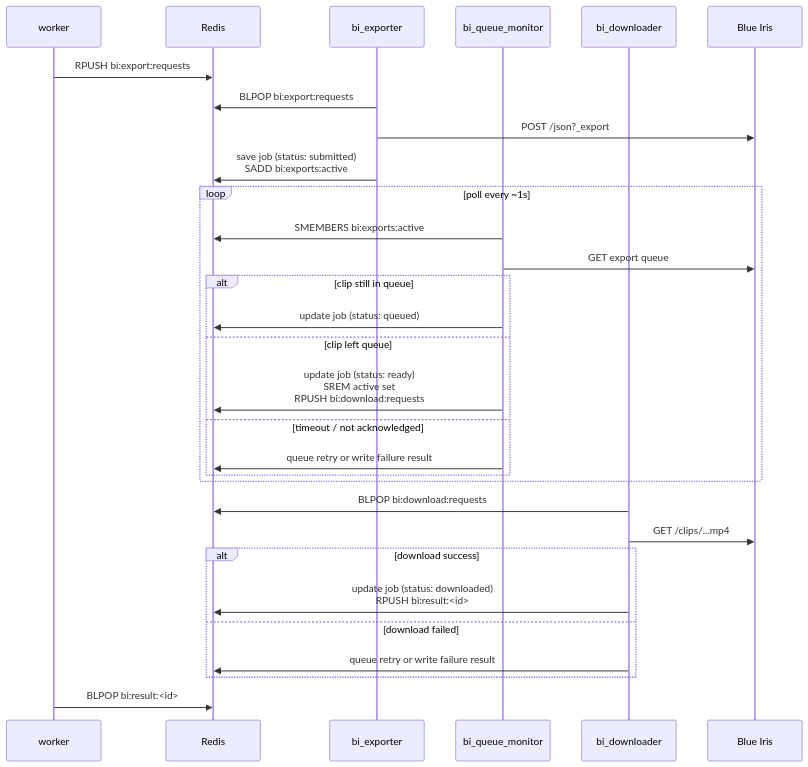
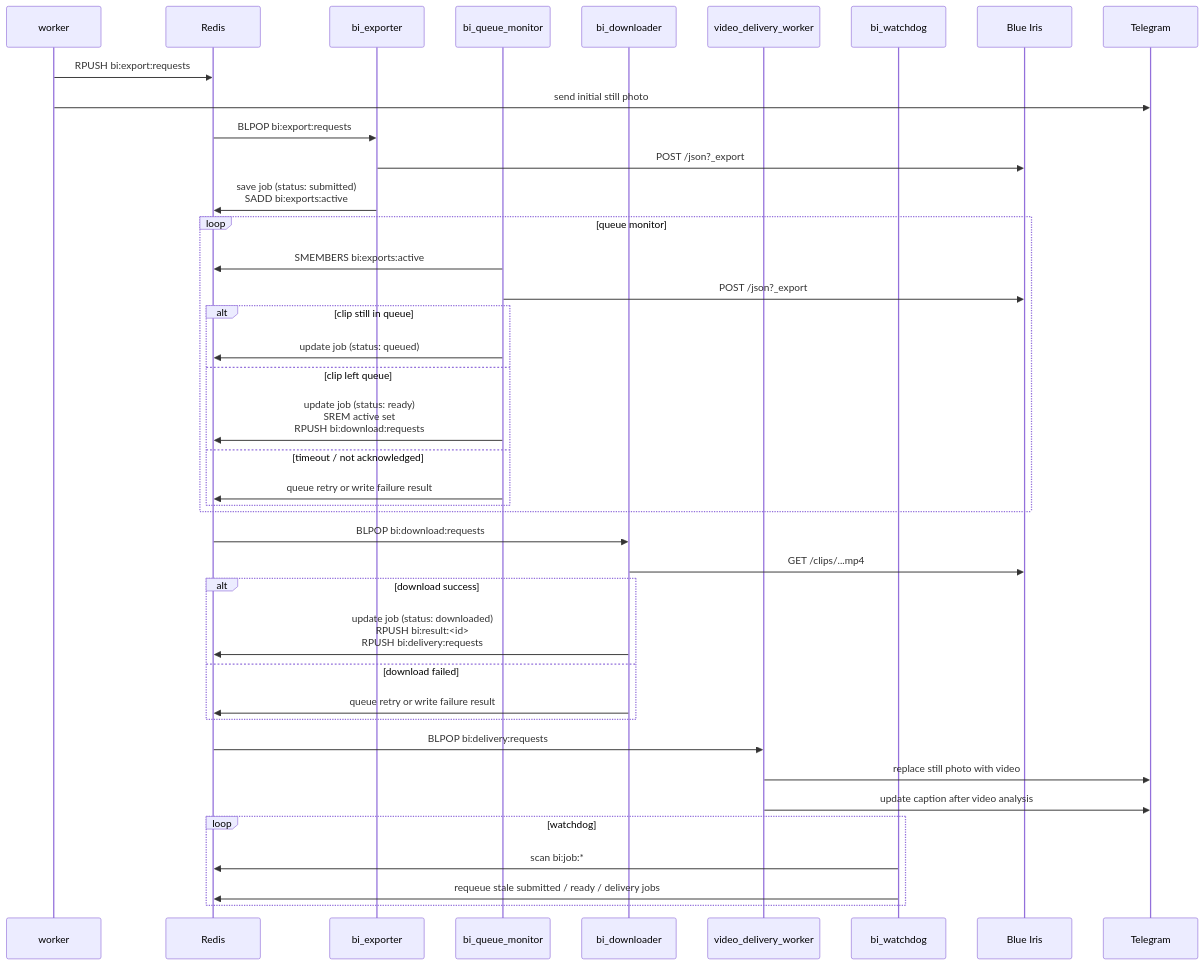
Before and after one commit to slflowfoon/blueiris-ai-hub: the second of 2 diagrams in README.md, drawn with Mermaid. The commit also changed other lines of this file and 10 other files, not shown here.

Commit message:
Add BI watchdog and asynchronous Telegram video delivery

````diff
--- a/README.md
+++ b/README.md
@@ -198,36 +205,47 @@
 ```mermaid
 sequenceDiagram
     participant W as worker
     participant R as Redis
     participant E as bi_exporter
     participant Q as bi_queue_monitor
     participant D as bi_downloader
+    participant V as video_delivery_worker
+    participant X as bi_watchdog
     participant BI as Blue Iris
+    participant TG as Telegram
 
     W->>R: RPUSH bi:export:requests
-    E->>R: BLPOP bi:export:requests
+    W->>TG: send initial still photo
+    R->>E: BLPOP bi:export:requests
     E->>BI: POST /json?_export
     E->>R: save job (status: submitted)<br/>SADD bi:exports:active
 
-    loop poll every ~1s
+    loop queue monitor
         Q->>R: SMEMBERS bi:exports:active
-        Q->>BI: GET export queue
+        Q->>BI: POST /json?_export
         alt clip still in queue
             Q->>R: update job (status: queued)
         else clip left queue
             Q->>R: update job (status: ready)<br/>SREM active set<br/>RPUSH bi:download:requests
         else timeout / not acknowledged
             Q->>R: queue retry or write failure result
         end
     end
 
-    D->>R: BLPOP bi:download:requests
+    R->>D: BLPOP bi:download:requests
     D->>BI: GET /clips/...mp4
     alt download success
-        D->>R: update job (status: downloaded)<br/>RPUSH bi:result:<id>
+        D->>R: update job (status: downloaded)<br/>RPUSH bi:result:<id><br/>RPUSH bi:delivery:requests
     else download failed
         D->>R: queue retry or write failure result
     end
 
-    W->>R: BLPOP bi:result:<id>
+    R->>V: BLPOP bi:delivery:requests
+    V->>TG: replace still photo with video
+    V->>TG: update caption after video analysis
+
+    loop watchdog
+        X->>R: scan bi:job:*
+        X->>R: requeue stale submitted / ready / delivery jobs
+    end
 ```
````
